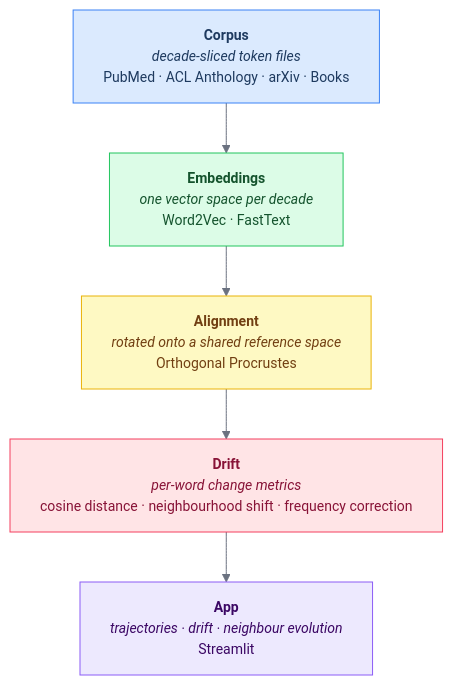
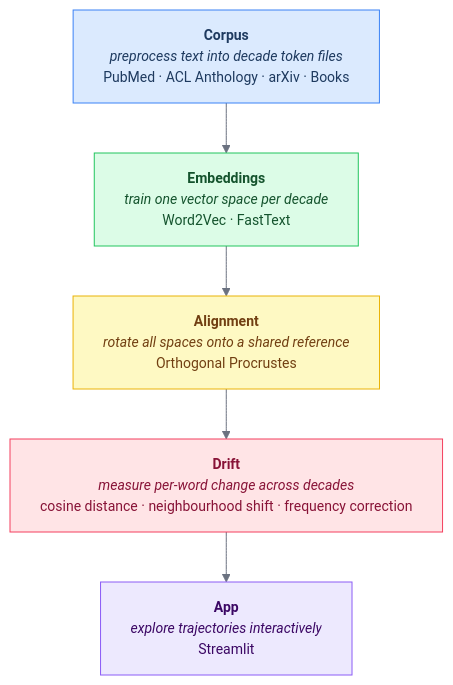
One commit to Dovalization/interpretant changed the diagram in README.md. Above: the diagram before and after it, drawn with Mermaid.

Commit message:
docs(readme): make mermaid node text consistent — verb phrase then tools

````diff
--- a/README.md
+++ b/README.md
@@ -46,17 +46,17 @@
 ```mermaid
 %%{init: {'theme': 'base', 'themeVariables': {'fontSize': '14px', 'lineColor': '#6b7280'}}}%%
 flowchart TD
     classDef corpus fill:#dbeafe,stroke:#3b82f6,color:#1e3a5f
     classDef embed  fill:#dcfce7,stroke:#22c55e,color:#14532d
     classDef align  fill:#fef9c3,stroke:#eab308,color:#713f12
     classDef drift  fill:#ffe4e6,stroke:#f43f5e,color:#881337
     classDef app    fill:#ede9fe,stroke:#8b5cf6,color:#3b0764
 
-    C["<b>Corpus</b><br/><i>decade-sliced&nbsp;token&nbsp;files</i><br/>PubMed&nbsp;·&nbsp;ACL&nbsp;Anthology&nbsp;·&nbsp;arXiv&nbsp;·&nbsp;Books"]:::corpus
-    E["<b>Embeddings</b><br/><i>one&nbsp;vector&nbsp;space&nbsp;per&nbsp;decade</i><br/>Word2Vec&nbsp;·&nbsp;FastText"]:::embed
-    A["<b>Alignment</b><br/><i>rotated&nbsp;onto&nbsp;a&nbsp;shared&nbsp;reference&nbsp;space</i><br/>Orthogonal&nbsp;Procrustes"]:::align
-    D["<b>Drift</b><br/><i>per-word&nbsp;change&nbsp;metrics</i><br/>cosine&nbsp;distance&nbsp;·&nbsp;neighbourhood&nbsp;shift&nbsp;·&nbsp;frequency&nbsp;correction"]:::drift
-    P["<b>App</b><br/><i>trajectories&nbsp;·&nbsp;drift&nbsp;·&nbsp;neighbour&nbsp;evolution</i><br/>Streamlit"]:::app
+    C["<b>Corpus</b><br/><i>preprocess&nbsp;text&nbsp;into&nbsp;decade&nbsp;token&nbsp;files</i><br/>PubMed&nbsp;·&nbsp;ACL&nbsp;Anthology&nbsp;·&nbsp;arXiv&nbsp;·&nbsp;Books"]:::corpus
+    E["<b>Embeddings</b><br/><i>train&nbsp;one&nbsp;vector&nbsp;space&nbsp;per&nbsp;decade</i><br/>Word2Vec&nbsp;·&nbsp;FastText"]:::embed
+    A["<b>Alignment</b><br/><i>rotate&nbsp;all&nbsp;spaces&nbsp;onto&nbsp;a&nbsp;shared&nbsp;reference</i><br/>Orthogonal&nbsp;Procrustes"]:::align
+    D["<b>Drift</b><br/><i>measure&nbsp;per-word&nbsp;change&nbsp;across&nbsp;decades</i><br/>cosine&nbsp;distance&nbsp;·&nbsp;neighbourhood&nbsp;shift&nbsp;·&nbsp;frequency&nbsp;correction"]:::drift
+    P["<b>App</b><br/><i>explore&nbsp;trajectories&nbsp;interactively</i><br/>Streamlit"]:::app
 
     C --> E --> A --> D --> P
 ```
````
